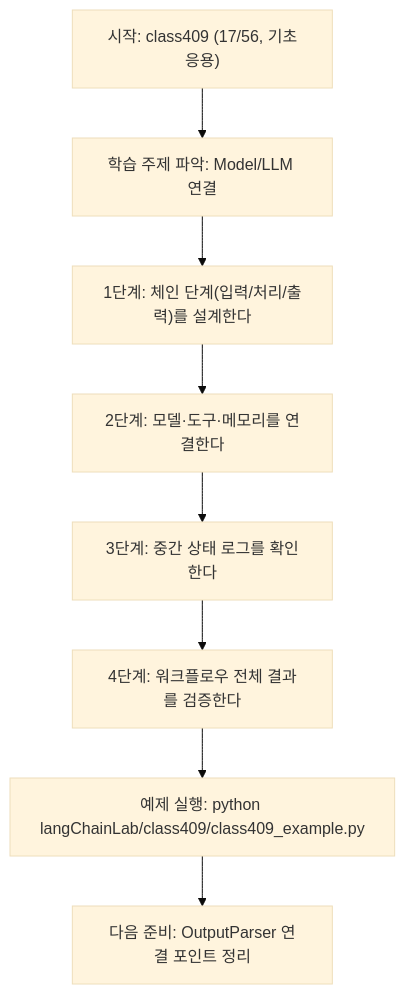
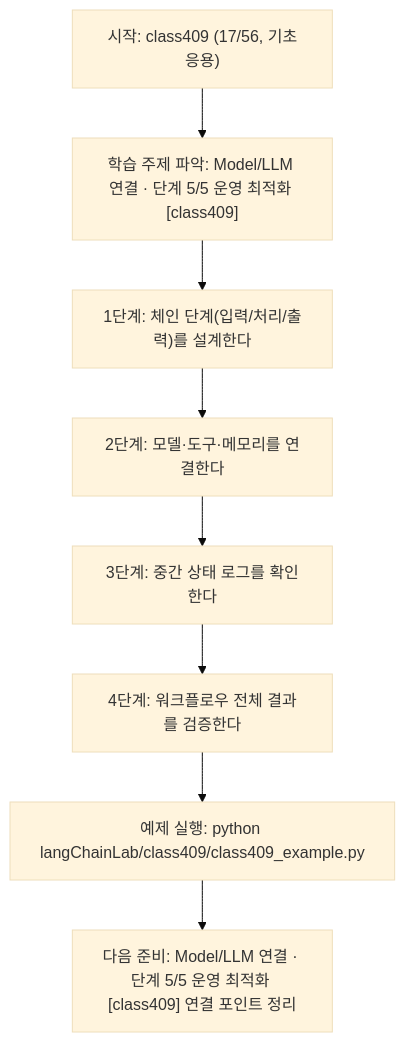
One commit to edumgt/Python-AI_Agent-Class changed the diagram in langChainLab/class409/class409.md. Above: the diagram before and after it, drawn with Mermaid (base theme). The commit also changed other lines of this file and 522 other files, not shown here.

````diff
--- a/langChainLab/class409/class409.md
+++ b/langChainLab/class409/class409.md
@@ -109,18 +110,18 @@
 ```mermaid
 flowchart TD
 N1["시작: class409 (17/56, 기초응용)"]
-N2["학습 주제 파악: Model/LLM 연결"]
+N2["학습 주제 파악: Model/LLM 연결 · 단계 5/5 운영 최적화 [class409]"]
 N3["1단계: 체인 단계(입력/처리/출력)를 설계한다"]
 N4["2단계: 모델·도구·메모리를 연결한다"]
 N5["3단계: 중간 상태 로그를 확인한다"]
 N6["4단계: 워크플로우 전체 결과를 검증한다"]
 N7["예제 실행: python langChainLab/class409/class409_example.py"]
-N8["다음 준비: OutputParser 연결 포인트 정리"]
+N8["다음 준비: Model/LLM 연결 · 단계 5/5 운영 최적화 [class409] 연결 포인트 정리"]
 N1 --> N2
 N2 --> N3
 N3 --> N4
 N4 --> N5
 N5 --> N6
 N6 --> N7
 N7 --> N8
 ```
````
